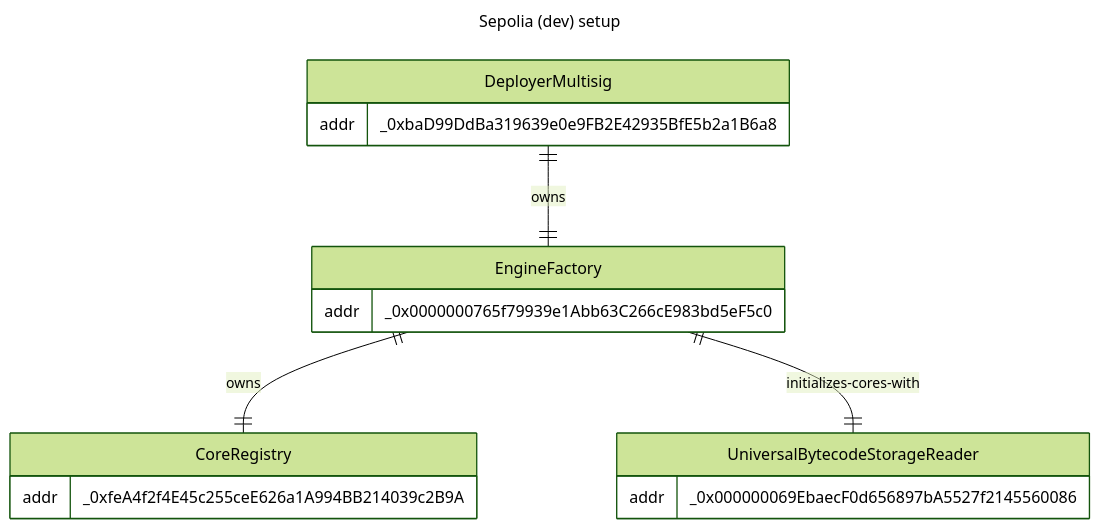
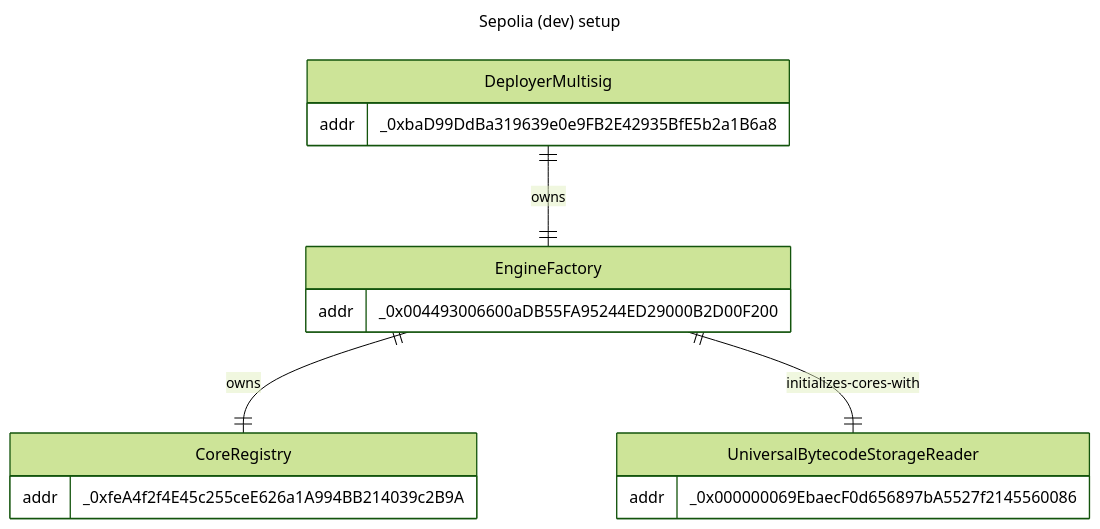
The fifth of 5 diagrams in packages/contracts/INFRASTRUCTURE.md (ArtBlocks/artblocks-contracts), drawn with Mermaid (forest theme) before and after one commit. The commit also changed other lines of this file and 2 other files, not shown here.

````diff
--- a/packages/contracts/INFRASTRUCTURE.md
+++ b/packages/contracts/INFRASTRUCTURE.md
@@ -124,21 +124,21 @@
 ```mermaid
 ---
 title: Sepolia (dev) setup
 ---
 erDiagram
     DeployerMultisig ||--|| EngineFactory : owns
     EngineFactory ||--|| CoreRegistry : owns
     EngineFactory ||--|| UniversalBytecodeStorageReader : initializes-cores-with
     DeployerMultisig {
         addr _0xbaD99DdBa319639e0e9FB2E42935BfE5b2a1B6a8
     }
     EngineFactory {
-        addr _0x0000000765f79939e1Abb63C266cE983bd5eF5c0
+        addr _0x004493006600aDB55FA95244ED29000B2D00F200
     }
     CoreRegistry {
         addr _0xfeA4f2f4E45c255ceE626a1A994BB214039c2B9A
     }
     UniversalBytecodeStorageReader {
         addr _0x000000069EbaecF0d656897bA5527f2145560086
     }
 ```
````
